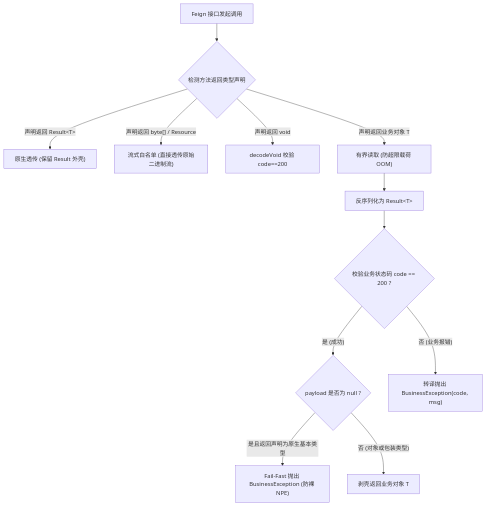
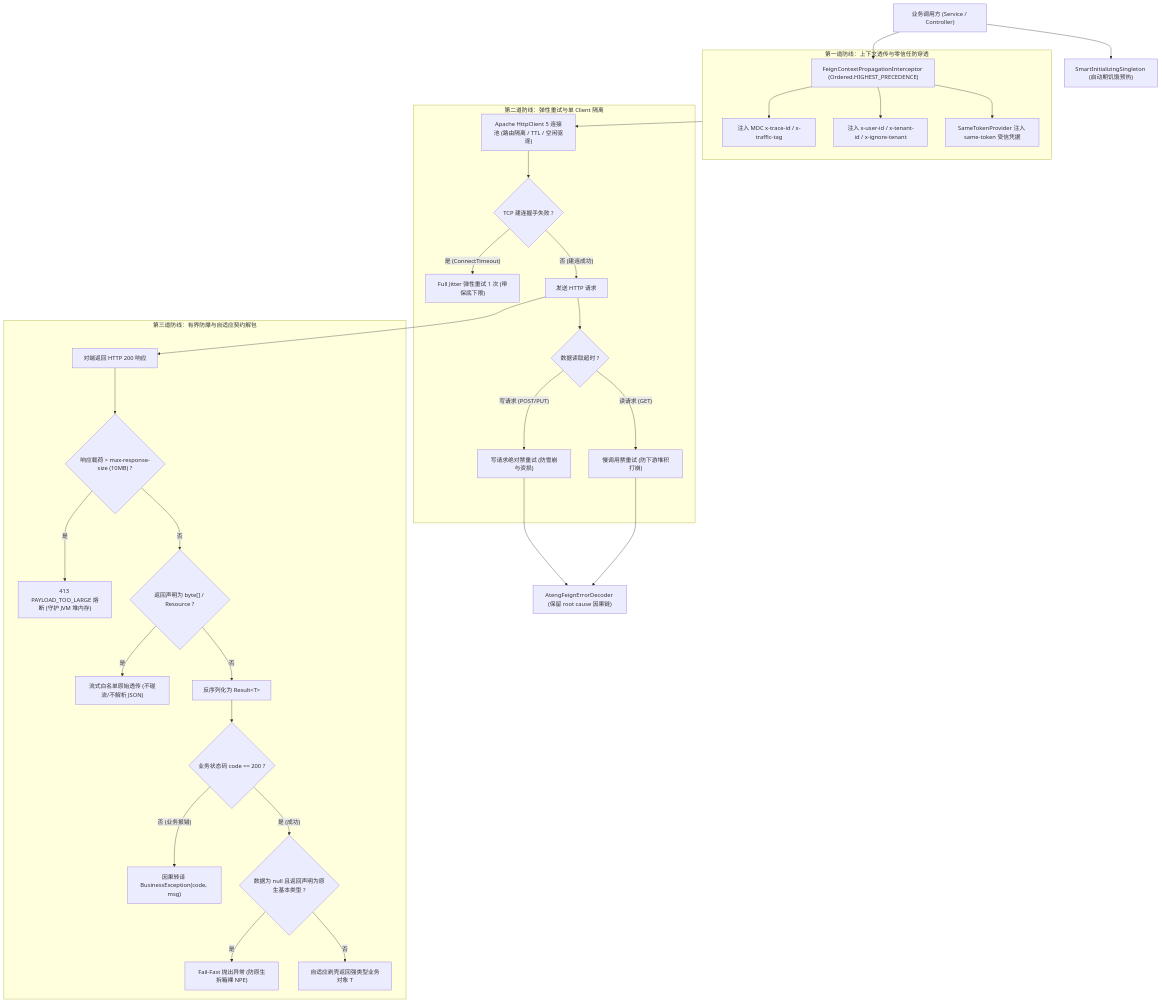
The diagram in ateng-cloud-feign/README.md (atengk/ateng-cloud), drawn with Mermaid before and after one commit. The commit also changed other lines of this file and 1 other file, not shown here.

First line of the commit message:
docs(feign): Starter 模块文档全维重构与 8 大领域大章收敛 (Ticket 5, #126)

````diff
--- a/ateng-cloud-feign/README.md
+++ b/ateng-cloud-feign/README.md
@@ -279,15 +110,39 @@
 ```mermaid
 flowchart TD
-    Start["Feign 接口发起调用"] --> MethodSign{"检测方法返回类型声明"}
-    MethodSign -- "声明返回 Result&lt;T&gt;" --> RawPassthrough["原生透传 (保留 Result 外壳)"]
-    MethodSign -- "声明返回 byte[] / Resource" --> StreamDirect["流式白名单 (直接透传原始二进制流)"]
-    MethodSign -- "声明返回 void" --> DecodeVoid["decodeVoid 校验 code==200"]
-    MethodSign -- "声明返回业务对象 T" --> ReadBounded["有界读取 (防超限载荷 OOM)"]
+    Client["业务调用方 (Service / Controller)"] --> Preheat["SmartInitializingSingleton (启动期饥饿预热)"]
+    Client --> Interceptor["FeignContextPropagationInterceptor (Ordered.HIGHEST_PRECEDENCE)"]
 
-    ReadBounded --> ParseResult["反序列化为 Result&lt;T&gt;"]
-    ParseResult --> CheckCode{"校验业务状态码 code == 200 ?"}
-    CheckCode -- "是 (成功)" --> CheckNull{"payload 是否为 null ?"}
-    CheckNull -- "是且返回声明为原生基本类型" --> ThrowPrimitiveNull["Fail-Fast 抛出 BusinessException (防裸 NPE)"]
-    CheckNull -- "否 (对象或包装类型)" --> Unwrap["剥壳返回业务对象 T"]
-    CheckCode -- "否 (业务报错)" --> ThrowBiz["转译抛出 BusinessException(code, msg)"]
+    subgraph HeaderInjection ["第一道防线：上下文透传与零信任防穿透"]
+        Interceptor --> InjectMDC["注入 MDC x-trace-id / x-traffic-tag"]
+        Interceptor --> InjectUserTenant["注入 x-user-id / x-tenant-id / x-ignore-tenant"]
+        Interceptor --> InjectSameToken["SameTokenProvider 注入 same-token 受信凭据"]
+    end
+
+    HeaderInjection --> HC5Pool["Apache HttpClient 5 连接池 (路由隔离 / TTL / 空闲驱逐)"]
+
+    subgraph ResilienceAndRetry ["第二道防线：弹性重试与单 Client 隔离"]
+        HC5Pool --> ConnectProbe{"TCP 建连握手失败 ?"}
+        ConnectProbe -- "是 (ConnectTimeout)" --> FullJitterRetry["Full Jitter 弹性重试 1 次 (带保底下限)"]
+        ConnectProbe -- "否 (建连成功)" --> ExecuteRequest["发送 HTTP 请求"]
+        ExecuteRequest --> ReadTimeoutProbe{"数据读取超时 ?"}
+        ReadTimeoutProbe -- "写请求 (POST/PUT)" --> StrictNoRetry["写请求绝对禁重试 (防雪崩与资损)"]
+        ReadTimeoutProbe -- "读请求 (GET)" --> NoRetryFallback["慢调用禁重试 (防下游堆积打崩)"]
+    end
+
+    StrictNoRetry --> ErrorDecoder["AtengFeignErrorDecoder (保留 root cause 因果链)"]
+    NoRetryFallback --> ErrorDecoder
+    ExecuteRequest --> SuccessResp["对端返回 HTTP 200 响应"]
+
+    subgraph DecodingDefense ["第三道防线：有界防爆与自适应契约解包"]
+        SuccessResp --> PayloadGuard{"响应载荷 > max-response-size (10MB) ?"}
+        PayloadGuard -- "是" --> Throw413["413 PAYLOAD_TOO_LARGE 熔断 (守护 JVM 堆内存)"]
+        PayloadGuard -- "否" --> StreamWhitelist{"返回声明为 byte[] / Resource ?"}
+        StreamWhitelist -- "是" --> RawStreamPassthrough["流式白名单原始透传 (不碰流/不解析 JSON)"]
+        StreamWhitelist -- "否" --> ParseResult["反序列化为 Result&lt;T&gt;"]
+        ParseResult --> CodeCheck{"业务状态码 code == 200 ?"}
+        CodeCheck -- "否 (业务报错)" --> ThrowBizExp["因果转译 BusinessException(code, msg)"]
+        CodeCheck -- "是 (成功)" --> NullGuard{"数据为 null 且返回声明为原生基本类型 ?"}
+        NullGuard -- "是" --> ThrowPrimitiveNPE["Fail-Fast 抛出异常 (防原生拆箱裸 NPE)"]
+        NullGuard -- "否" --> UnwrapData["自适应剥壳返回强类型业务对象 T"]
+    end
 ```
````
